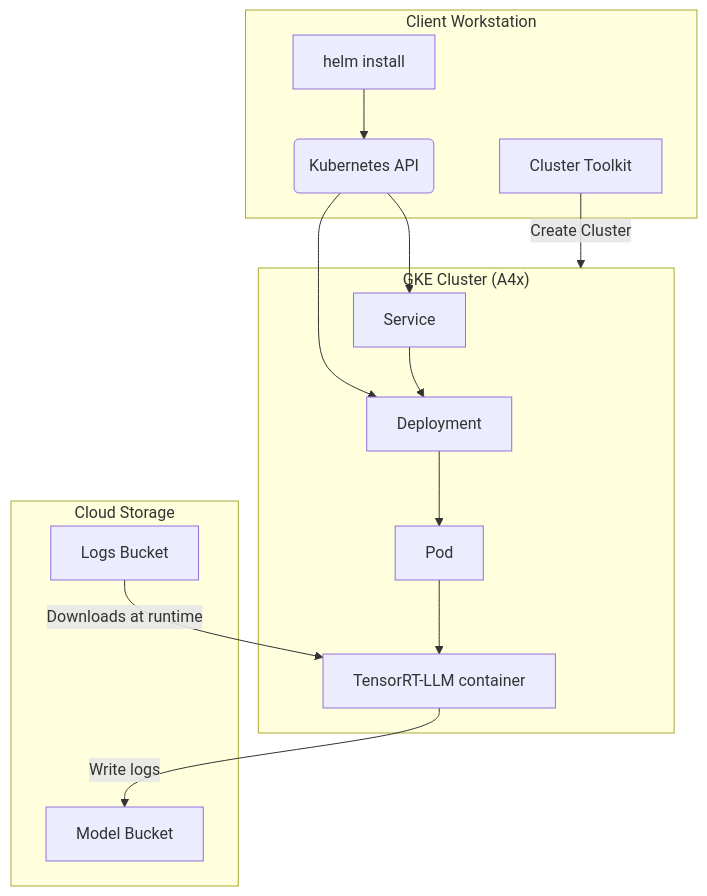
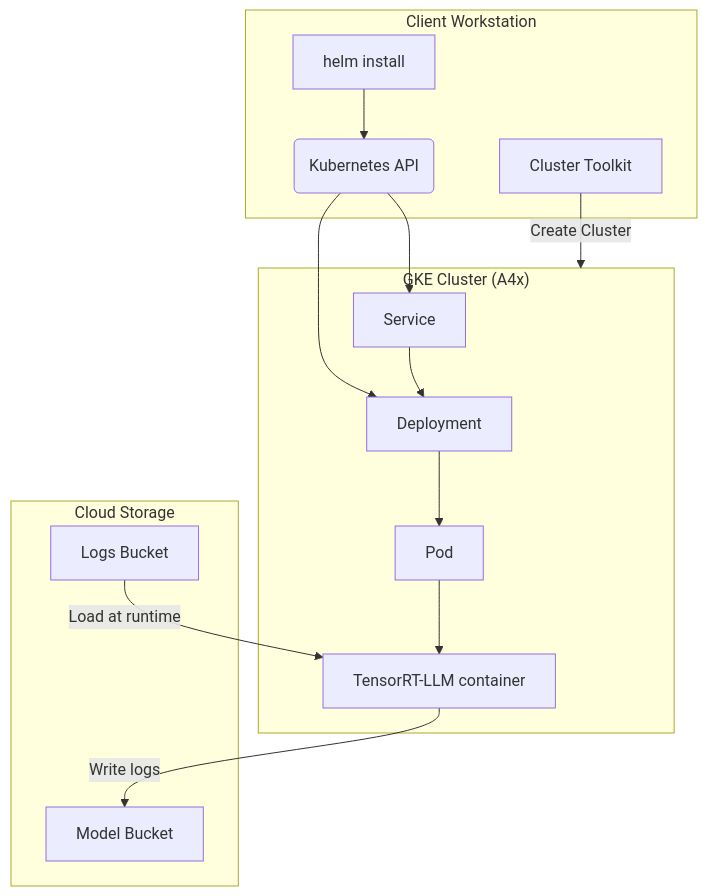
The diagram in inference/a4x/single-host-serving/tensorrt-llm-gcs/README.md (AI-Hypercomputer/gpu-recipes), drawn with Mermaid before and after one commit. The commit also changed other lines of this file, not shown here.

````diff
--- a/inference/a4x/single-host-serving/tensorrt-llm-gcs/README.md
+++ b/inference/a4x/single-host-serving/tensorrt-llm-gcs/README.md
@@ -63,36 +64,36 @@
 ```mermaid
 ---
 config:
   layout: dagre
 ---
 flowchart TD
  subgraph workstation["Client Workstation"]
     T["Cluster Toolkit"]
     B("Kubernetes API")
     A["helm install"]
   end
  subgraph gke["GKE Cluster (A4x)"]
     C["Deployment"]
     D["Pod"]
     E["TensorRT-LLM container"]
     F["Service"]
   end
  subgraph storage["Cloud Storage"]
     J["Model Bucket"]
     H["Logs Bucket"]
   end
 
     %% Logical/actual flow
     T -- Create Cluster --> gke
     A --> B
     B --> C & F
     C --> D
     D --> E
     F --> C
-    H -- Downloads at runtime --> E
+    H -- Load at runtime --> E
     E -- Write logs --> J
 
 
     %% Layout control
     gke
 ```
````
